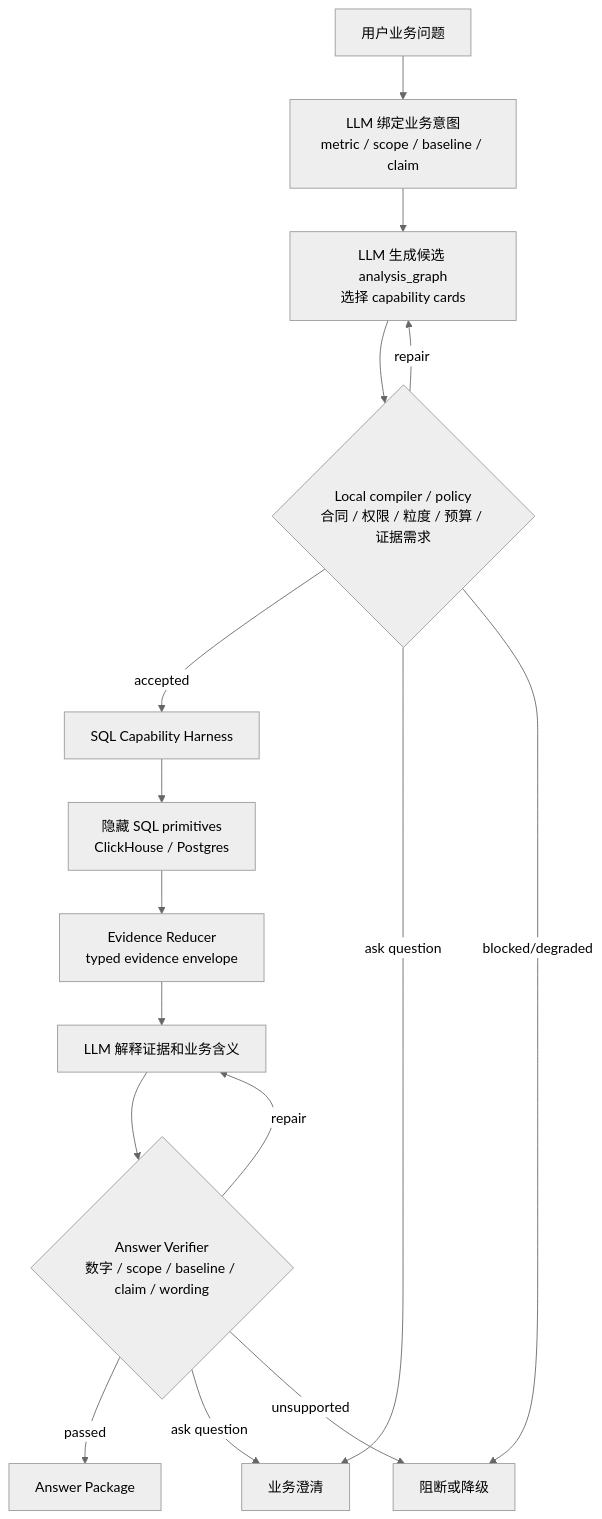
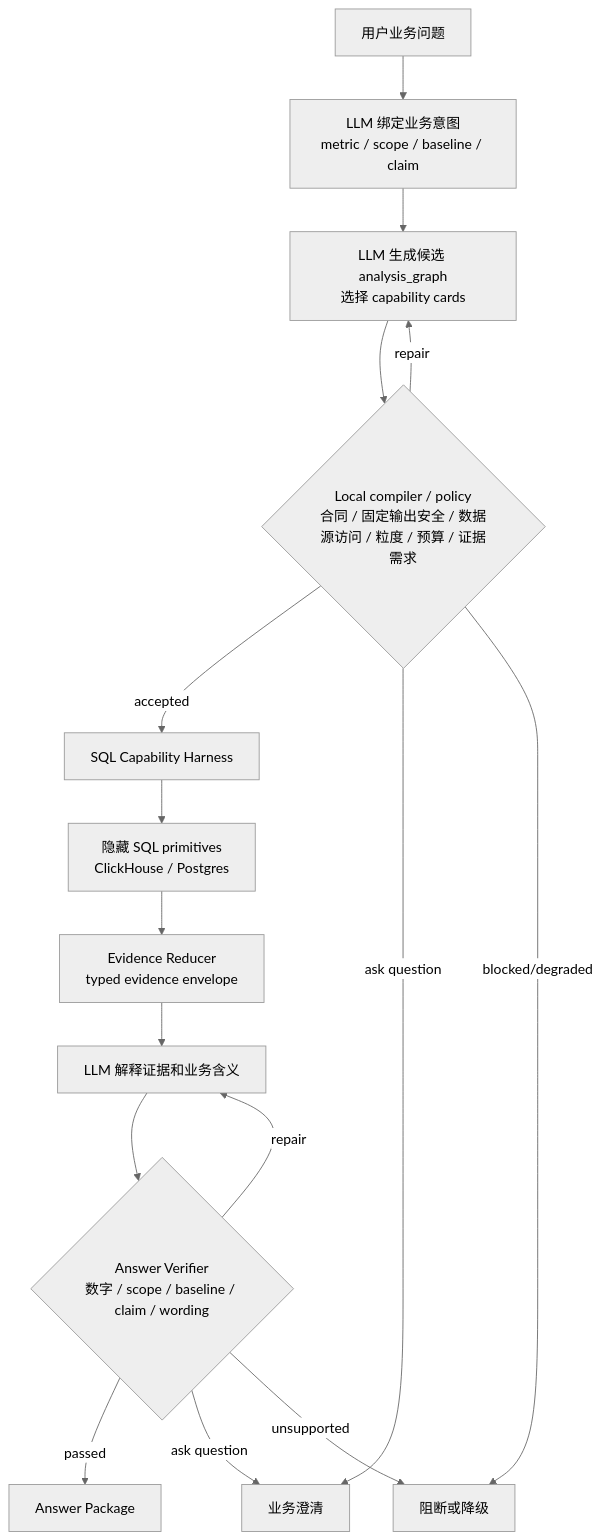
The diagram in docs/phase-4-sql-capability-harness.md (mymorphstyle-dotcom/waje-bi-v2), drawn with Mermaid (neutral theme) before and after one commit. The commit also changed other lines of this file and 187 other files, not shown here.

````diff
--- a/docs/phase-4-sql-capability-harness.md
+++ b/docs/phase-4-sql-capability-harness.md
@@ -20,18 +20,18 @@
 ```mermaid
 flowchart TD
   A["用户业务问题"] --> B["LLM 绑定业务意图<br/>metric / scope / baseline / claim"]
   B --> C["LLM 生成候选 analysis_graph<br/>选择 capability cards"]
-  C --> D{"Local compiler / policy<br/>合同 / 权限 / 粒度 / 预算 / 证据需求"}
+  C --> D{"Local compiler / policy<br/>合同 / 固定输出安全 / 数据源访问 / 粒度 / 预算 / 证据需求"}
   D -->|accepted| E["SQL Capability Harness"]
   D -->|repair| C
   D -->|ask question| Q["业务澄清"]
   D -->|blocked/degraded| X["阻断或降级"]
   E --> F["隐藏 SQL primitives<br/>ClickHouse / Postgres"]
   F --> G["Evidence Reducer<br/>typed evidence envelope"]
   G --> H["LLM 解释证据和业务含义"]
   H --> I{"Answer Verifier<br/>数字 / scope / baseline / claim / wording"}
   I -->|passed| J["Answer Package"]
   I -->|repair| H
   I -->|ask question| Q
   I -->|unsupported| X
 ```
````
